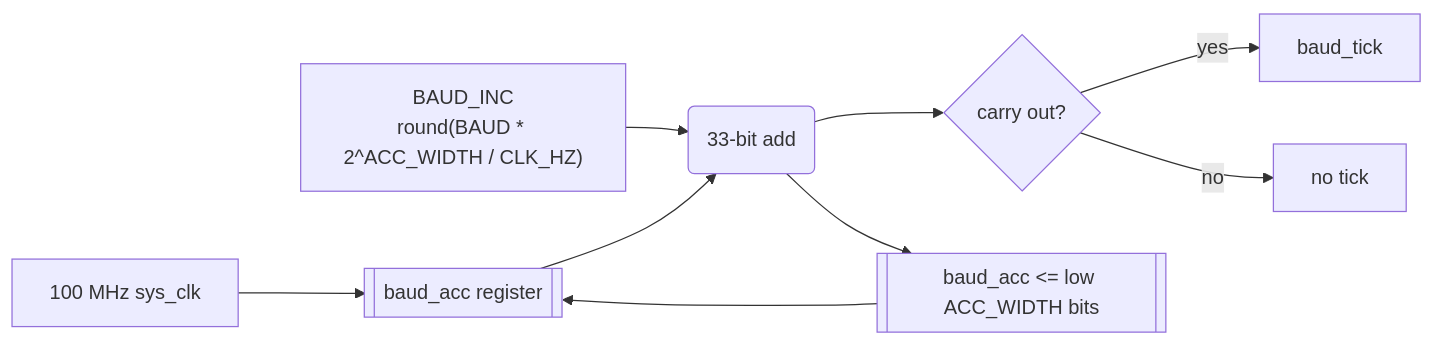
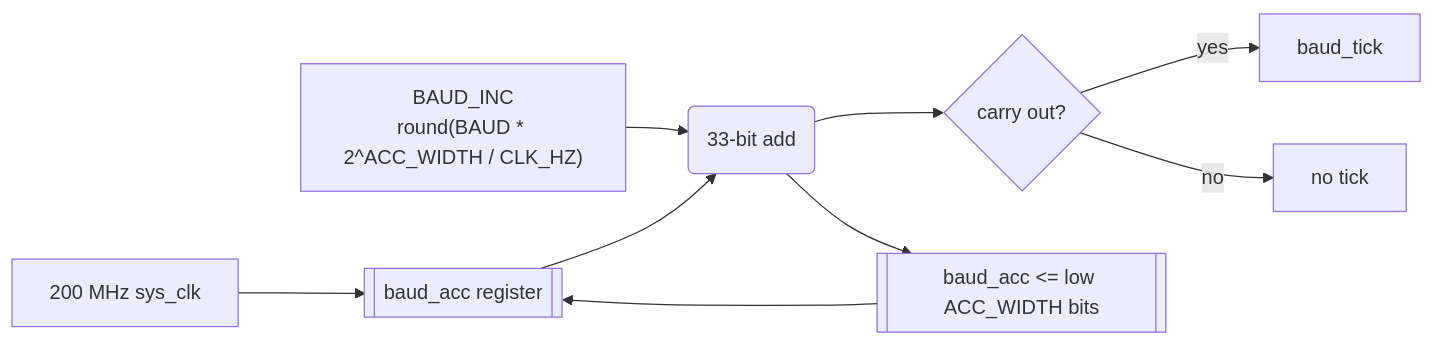
The tenth of 16 diagrams in doc/ARCHITECTURE.md (RESBI/FPGA-Mandelbrot-Demo), drawn with Mermaid before and after one commit. The commit also changed other lines of this file and 35 other files, not shown here.

````diff
--- a/doc/ARCHITECTURE.md
+++ b/doc/ARCHITECTURE.md
@@ -655,11 +654,11 @@
 ```mermaid
 flowchart LR
-    CLK["100 MHz sys_clk"] --> ACC[["baud_acc register"]]
+    CLK["200 MHz sys_clk"] --> ACC[["baud_acc register"]]
     INC["BAUD_INC<br/>round(BAUD * 2^ACC_WIDTH / CLK_HZ)"] --> ADD("33-bit add")
     ACC --> ADD
     ADD --> CARRY{"carry out?"}
     CARRY -->|yes| TICK["baud_tick"]
     CARRY -->|no| WAIT["no tick"]
     ADD --> NEXT[["baud_acc <= low ACC_WIDTH bits"]]
     NEXT --> ACC
 ```
````
